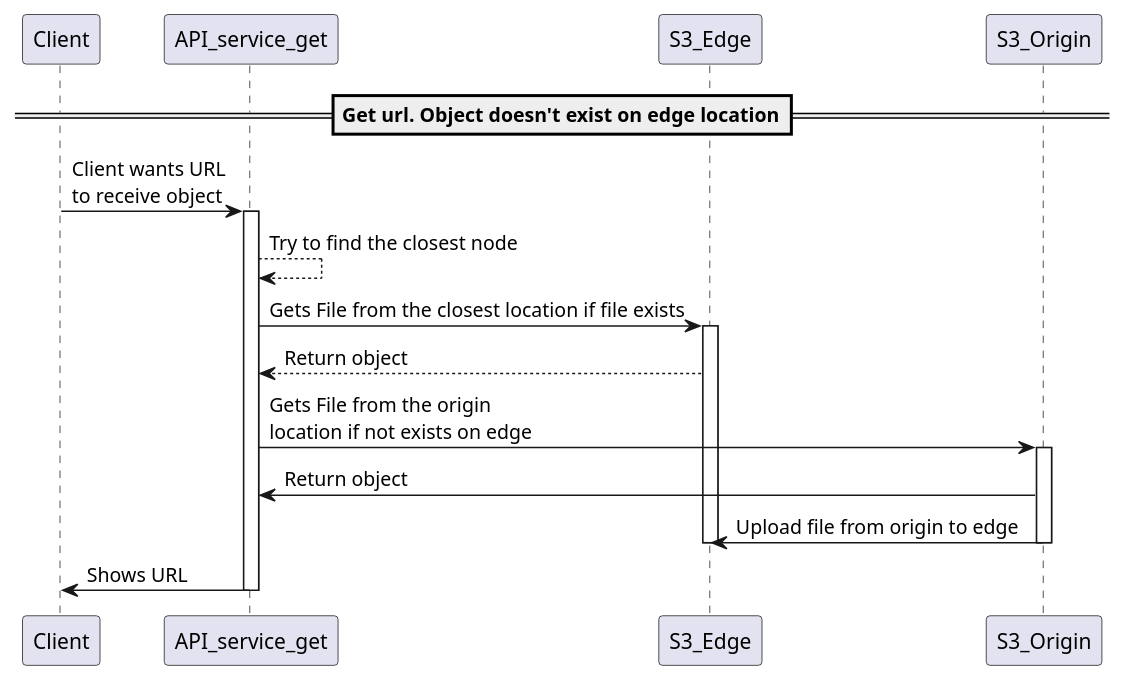
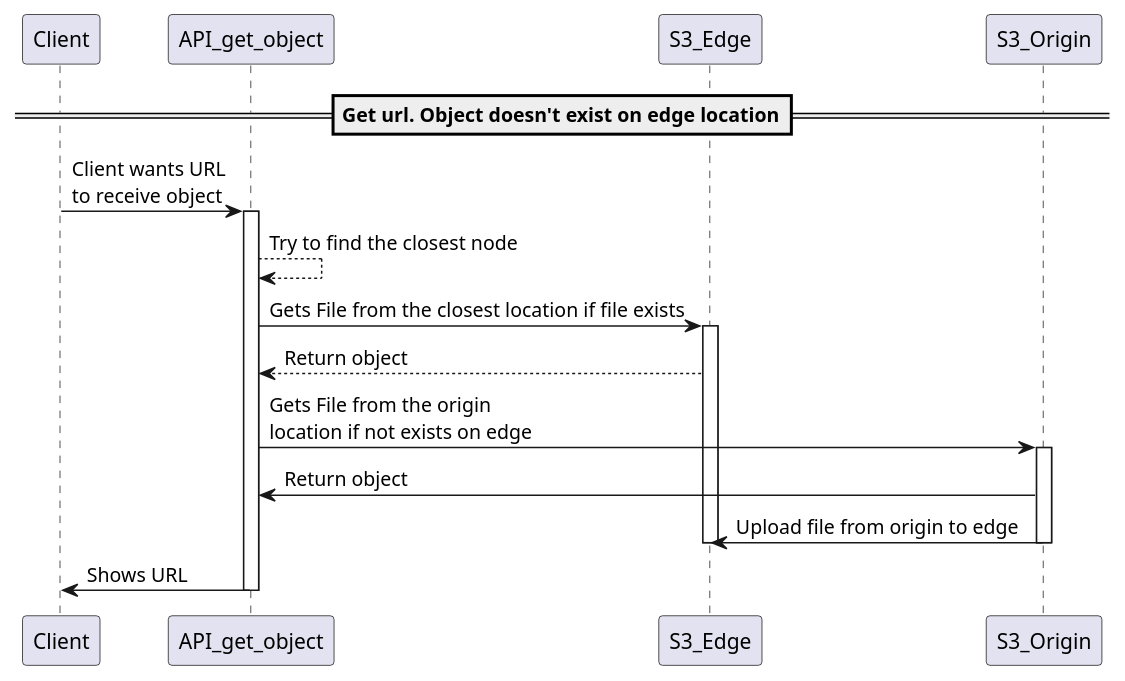
Before and after one commit to dkarpele/graduate_work: the diagram in architecture/C4_CDN.puml, drawn with PlantUML. The commit also changed 3 other files, not shown here.

Commit message:
Update Architecture

```diff
--- a/architecture/C4_CDN.puml
+++ b/architecture/C4_CDN.puml
@@ -1,23 +1,23 @@
 @startuml
 
 ==Get url. Object doesn't exist on edge location==
-Client -> API_service_get: Client wants URL\nto receive object
-activate API_service_get
-API_service_get --> API_service_get: Try to find the closest node
-API_service_get -> S3_Edge: Gets File from the closest location if file exists
+Client -> API_get_object: Client wants URL\nto receive object
+activate API_get_object
+API_get_object --> API_get_object: Try to find the closest node
+API_get_object -> S3_Edge: Gets File from the closest location if file exists
 activate S3_Edge
-S3_Edge --> API_service_get: Return object
+S3_Edge --> API_get_object: Return object
 
-API_service_get -> S3_Origin: Gets File from the origin\nlocation if not exists on edge
+API_get_object -> S3_Origin: Gets File from the origin\nlocation if not exists on edge
 activate S3_Origin
-S3_Origin -> API_service_get: Return object
+S3_Origin -> API_get_object: Return object
 S3_Origin -> S3_Edge: Upload file from origin to edge
 
 deactivate S3_Edge
 deactivate S3_Origin
 
-API_service_get -> Client: Shows URL
-deactivate API_service_get
+API_get_object -> Client: Shows URL
+deactivate API_get_object
 
 
 @enduml
```
